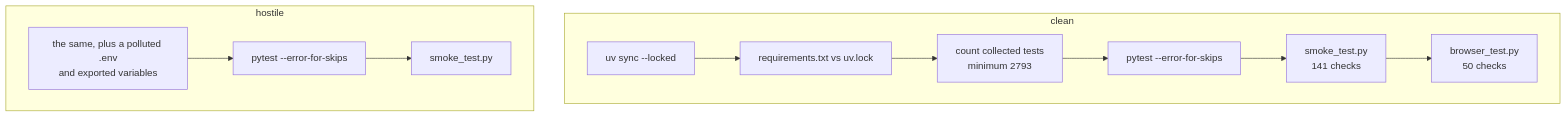
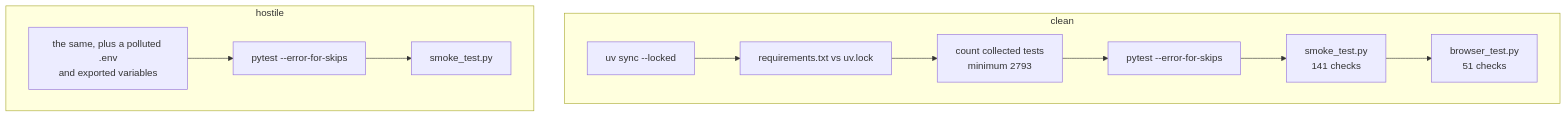
Before and after one commit to IAMN1/link-shortener: the diagram in docs/testing.md, drawn with Mermaid. The commit also changed other lines of this file and 8 other files, not shown here.

````diff
--- a/docs/testing.md
+++ b/docs/testing.md
@@ -399,12 +399,12 @@
 ```mermaid
 flowchart TD
     subgraph clean["clean"]
         C1[uv sync --locked] --> C2[requirements.txt vs uv.lock]
         C2 --> C3[count collected tests<br/>minimum 2793] --> C4[pytest --error-for-skips]
-        C4 --> C5[smoke_test.py<br/>141 checks] --> C6[browser_test.py<br/>50 checks]
+        C4 --> C5[smoke_test.py<br/>141 checks] --> C6[browser_test.py<br/>51 checks]
     end
     subgraph hostile["hostile"]
         H1[the same, plus a polluted .env<br/>and exported variables] --> H2[pytest --error-for-skips]
         H2 --> H3[smoke_test.py]
     end
 ```
````
